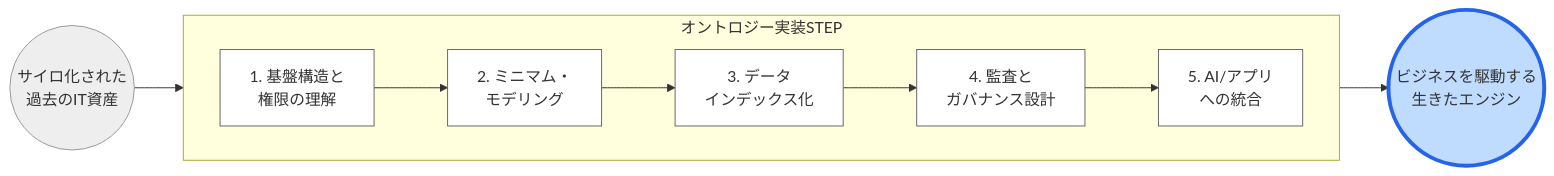
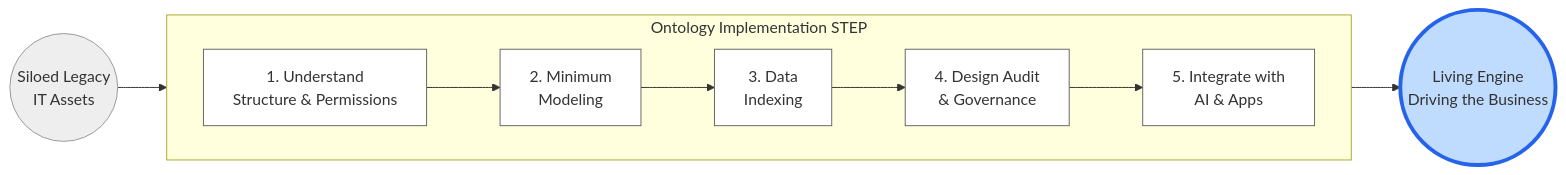
Before and after one commit to jonnydubowsky/palantir-ontology-strategy: the ninth of 9 diagrams in docs/the-palantir-impact_jp.md, drawn with Mermaid. The commit also changed other lines of this file and 2 other files, not shown here.

````diff
--- a/docs/the-palantir-impact_jp.md
+++ b/docs/the-palantir-impact_jp.md
@@ -403,22 +403,22 @@
 ```mermaid
 flowchart LR
-    Start(("サイロ化された<br>過去のIT資産")) --> S1
+    Start(("Siloed Legacy<br>IT Assets")) --> S1
     
-    subgraph Roadmap ["オントロジー実装STEP"]
+    subgraph Roadmap ["Ontology Implementation STEP"]
         direction LR
-        S1["1. 基盤構造と<br>権限の理解"] --> S2["2. ミニマム・<br>モデリング"]
-        S2 --> S3["3. データ<br>インデックス化"]
-        S3 --> S4["4. 監査と<br>ガバナンス設計"]
-        S4 --> S5["5. AI/アプリ<br>への統合"]
+        S1["1. Understand<br>Structure & Permissions"] --> S2["2. Minimum<br>Modeling"]
+        S2 --> S3["3. Data<br>Indexing"]
+        S3 --> S4["4. Design Audit<br>& Governance"]
+        S4 --> S5["5. Integrate with<br>AI & Apps"]
     end
     
-    S5 --> Goal(("ビジネスを駆動する<br>生きたエンジン"))
+    S5 --> Goal(("Living Engine<br>Driving the Business"))
 
     style Start fill:#eee,stroke:#999
     style Goal fill:#bfdbfe,stroke:#2563eb,stroke-width:4px
     style S1 fill:#fff,stroke:#666
     style S2 fill:#fff,stroke:#666
     style S3 fill:#fff,stroke:#666
     style S4 fill:#fff,stroke:#666
     style S5 fill:#fff,stroke:#666
 ```
````
